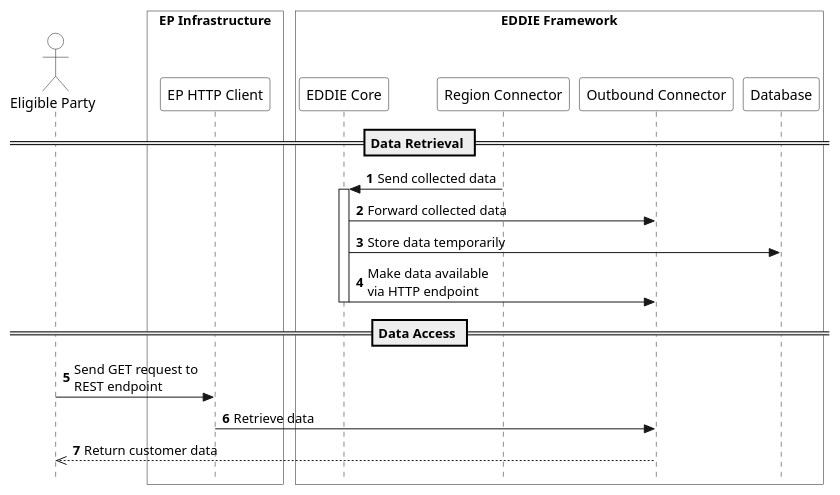
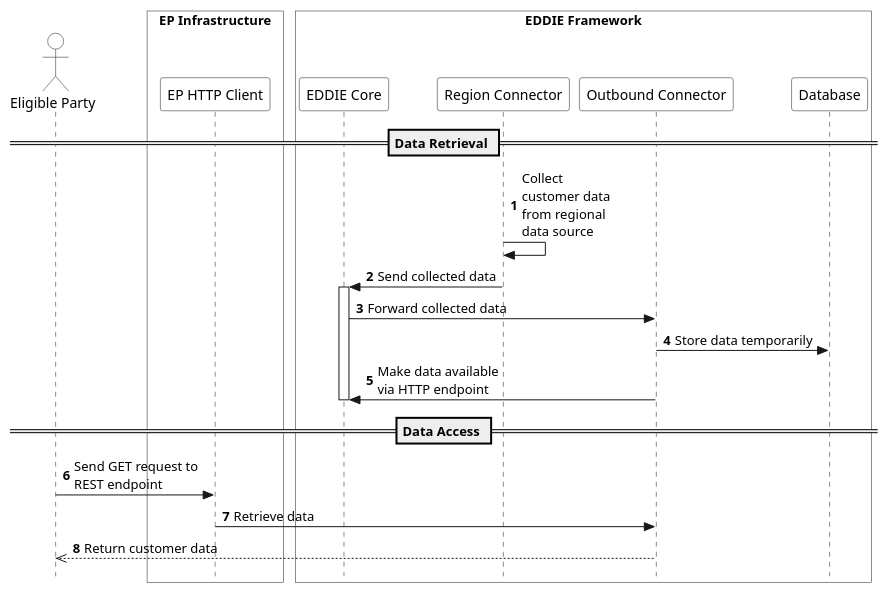
The diagram in arc42/eddie-framework/runtime-view/figures/eddie-framework-collect-data-http.puml (eddie-energy/architecture), drawn with PlantUML before and after one commit. The commit also changed 4 other files, not shown here.

Commit message:
Part of #126: Fixed workflows of revoking permissions and collecting data via HTTP.

```diff
--- a/arc42/eddie-framework/runtime-view/figures/eddie-framework-collect-data-http.puml
+++ b/arc42/eddie-framework/runtime-view/figures/eddie-framework-collect-data-http.puml
@@ -1,38 +1,39 @@
 @startuml eddie-framework-collect-data-http
 
 skinparam style strictuml
 skinparam sequence {
   ParticipantBackgroundColor transparent
   ActorBackgroundColor transparent
 }
 
 autonumber
 !pragma teoz true
 
 actor "Eligible Party" as ep
 
 box "EP Infrastructure" #transparent
   participant "EP HTTP Client" as httpClient
 end box
 
 box "EDDIE Framework" #transparent
   participant "EDDIE Core" as eddie
   participant "Region Connector" as rc
   participant "Outbound Connector" as restOC
   participant "Database" as db
 end box
 
 == Data Retrieval ==
+rc -> rc : Collect \ncustomer data \nfrom regional \ndata source
 rc -> eddie : Send collected data
 activate eddie
 eddie -> restOC : Forward collected data
-eddie -> db : Store data temporarily
-eddie -> restOC : Make data available\nvia HTTP endpoint
+restOC -> db : Store data temporarily
+restOC -> eddie : Make data available\nvia HTTP endpoint
 deactivate eddie
 
 == Data Access ==
 ep -> httpClient : Send GET request to\nREST endpoint
 httpClient -> restOC : Retrieve data
 restOC -->> ep : Return customer data
 
 @enduml
```
